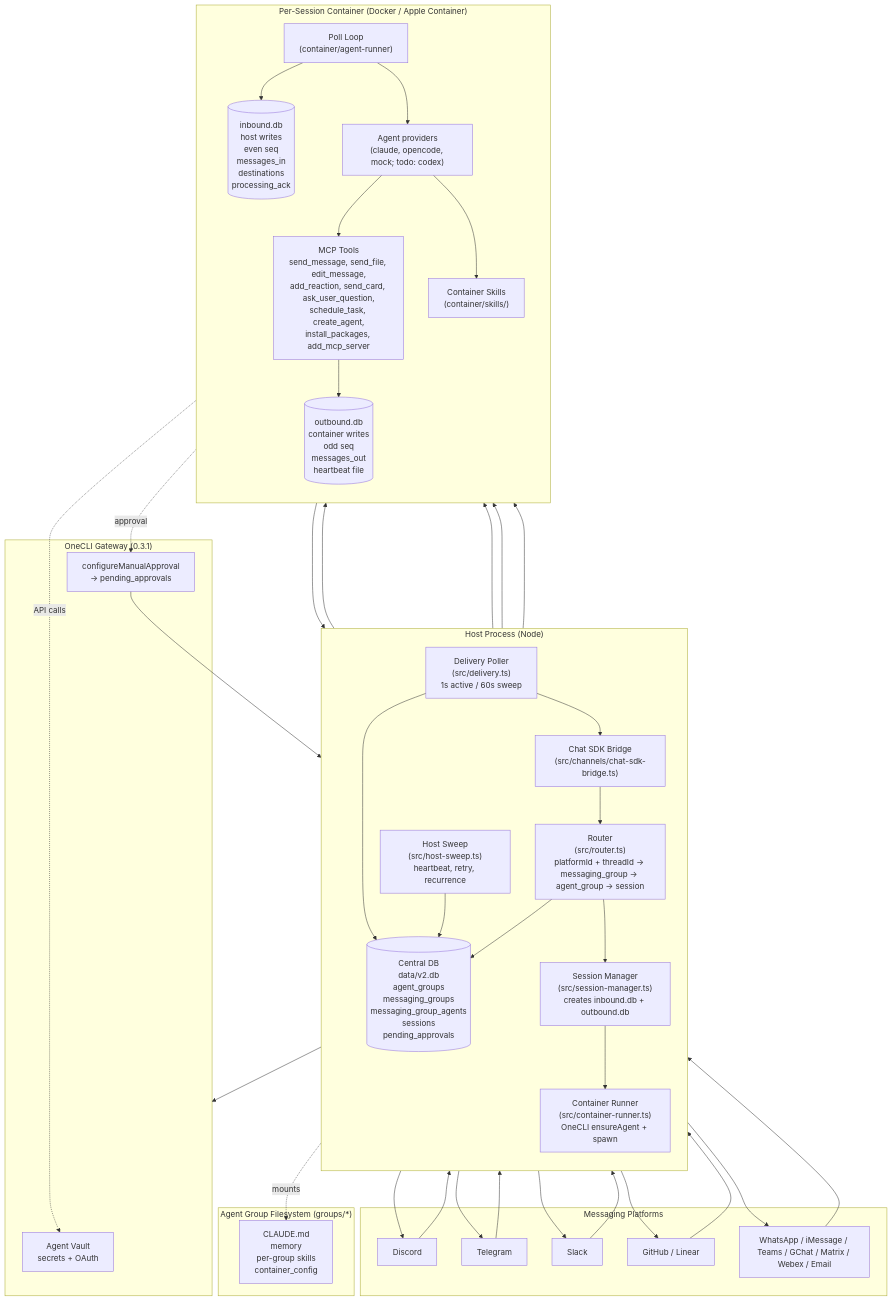
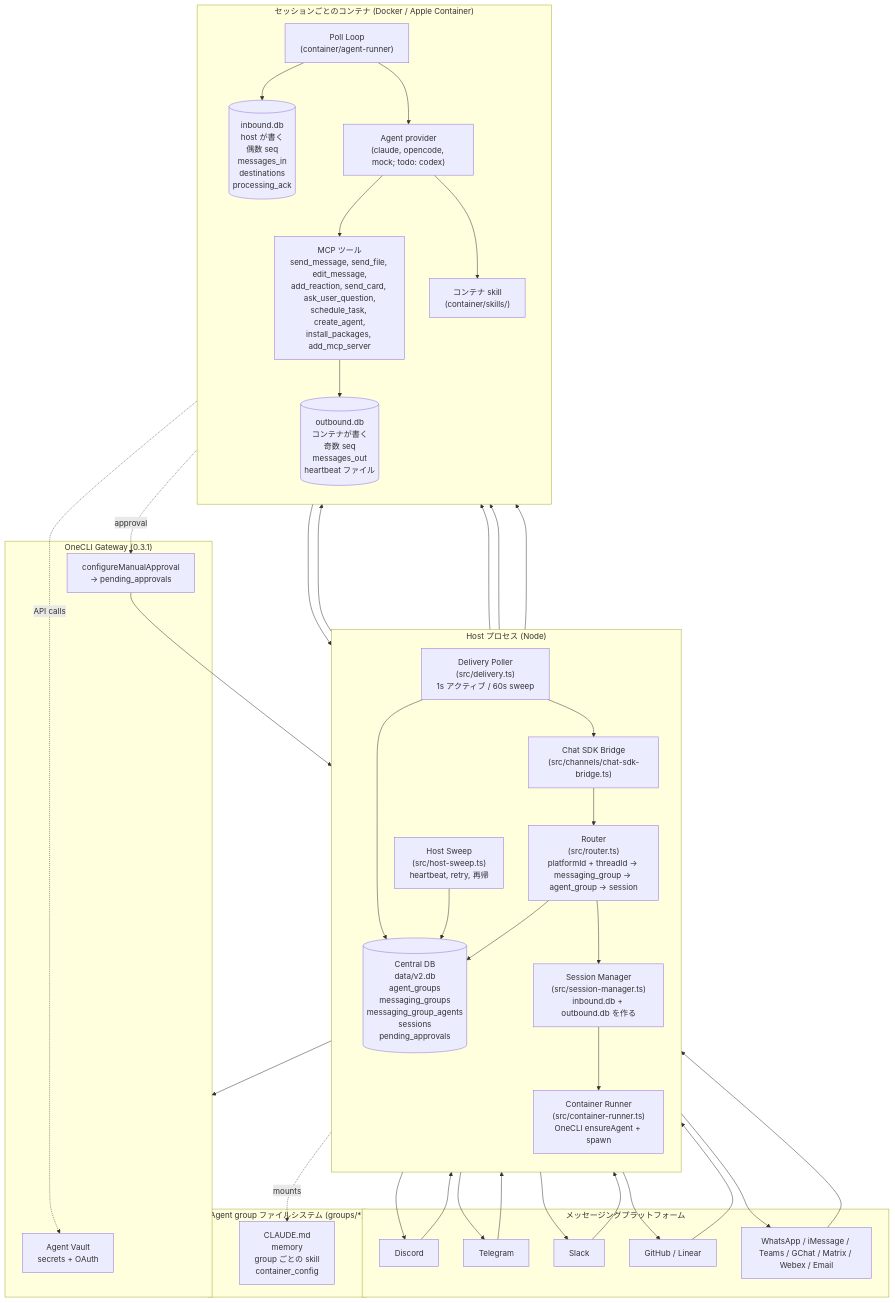
Before and after one commit to HajimariInc/biblio-claw: the first of 5 diagrams in docs/architecture-diagram.md, drawn with Mermaid. The commit also changed other lines of this file and 22 other files, not shown here.

````diff
--- a/docs/architecture-diagram.md
+++ b/docs/architecture-diagram.md
@@ -5,65 +5,65 @@
 ```mermaid
 flowchart TB
-  subgraph Platforms["Messaging Platforms"]
+  subgraph Platforms["メッセージングプラットフォーム"]
     P1[Discord]
     P2[Telegram]
     P3[Slack]
     P4[GitHub / Linear]
     P5[WhatsApp / iMessage / Teams / GChat / Matrix / Webex / Email]
   end
 
-  subgraph Host["Host Process (Node)"]
+  subgraph Host["Host プロセス (Node)"]
     direction TB
     Bridge["Chat SDK Bridge<br/>(src/channels/chat-sdk-bridge.ts)"]
     Router["Router<br/>(src/router.ts)<br/>platformId + threadId -> messaging_group -> agent_group -> session"]
-    SessMgr["Session Manager<br/>(src/session-manager.ts)<br/>creates inbound.db + outbound.db"]
+    SessMgr["Session Manager<br/>(src/session-manager.ts)<br/>inbound.db + outbound.db を作る"]
     Runner["Container Runner<br/>(src/container-runner.ts)<br/>OneCLI ensureAgent + spawn"]
-    Delivery["Delivery Poller<br/>(src/delivery.ts)<br/>1s active / 60s sweep"]
-    Sweep["Host Sweep<br/>(src/host-sweep.ts)<br/>heartbeat, retry, recurrence"]
+    Delivery["Delivery Poller<br/>(src/delivery.ts)<br/>1s アクティブ / 60s sweep"]
+    Sweep["Host Sweep<br/>(src/host-sweep.ts)<br/>heartbeat, retry, 再帰"]
     Central[("Central DB<br/>data/v2.db<br/>agent_groups<br/>messaging_groups<br/>messaging_group_agents<br/>sessions<br/>pending_approvals")]
   end
 
   subgraph OneCLI["OneCLI Gateway (0.3.1)"]
     Vault["Agent Vault<br/>secrets + OAuth"]
     Approvals["configureManualApproval<br/>-> pending_approvals"]
   end
 
-  subgraph Session["Per-Session Container (Docker / Apple Container)"]
+  subgraph Session["セッションごとのコンテナ (Docker / Apple Container)"]
     direction TB
     PollLoop["Poll Loop<br/>(container/agent-runner)"]
-    Provider["Agent providers<br/>(claude, opencode, mock; todo: codex)"]
-    MCP["MCP Tools<br/>send_message, send_file, edit_message,<br/>add_reaction, send_card, ask_user_question,<br/>schedule_task, create_agent,<br/>install_packages, add_mcp_server"]
-    Skills["Container Skills<br/>(container/skills/)"]
-    InDB[("inbound.db<br/>host writes<br/>even seq<br/>messages_in<br/>destinations<br/>processing_ack")]
-    OutDB[("outbound.db<br/>container writes<br/>odd seq<br/>messages_out<br/>heartbeat file")]
+    Provider["Agent provider<br/>(claude, opencode, mock; todo: codex)"]
+    MCP["MCP ツール<br/>send_message, send_file, edit_message,<br/>add_reaction, send_card, ask_user_question,<br/>schedule_task, create_agent,<br/>install_packages, add_mcp_server"]
+    Skills["コンテナ skill<br/>(container/skills/)"]
+    InDB[("inbound.db<br/>host が書く<br/>偶数 seq<br/>messages_in<br/>destinations<br/>processing_ack")]
+    OutDB[("outbound.db<br/>コンテナが書く<br/>奇数 seq<br/>messages_out<br/>heartbeat ファイル")]
   end
 
-  subgraph Groups["Agent Group Filesystem (groups/*)"]
-    Folder["CLAUDE.md<br/>memory<br/>per-group skills<br/>container_config"]
+  subgraph Groups["Agent group ファイルシステム (groups/*)"]
+    Folder["CLAUDE.md<br/>memory<br/>group ごとの skill<br/>container_config"]
   end
 
   P1 & P2 & P3 & P4 & P5 --> Bridge
   Bridge --> Router
   Router --> Central
   Router --> SessMgr
   SessMgr --> InDB
   SessMgr --> Runner
   Runner --> OneCLI
   Runner --> PollLoop
   PollLoop --> InDB
   PollLoop --> Provider
   Provider --> MCP
   Provider --> Skills
   MCP --> OutDB
   OutDB --> Delivery
   Delivery --> Central
   Delivery --> Bridge
   Bridge --> P1 & P2 & P3 & P4 & P5
   Sweep --> InDB
   Sweep --> OutDB
   Sweep --> Central
   Runner -.mounts.-> Folder
   MCP -.approval.-> Approvals
   Approvals --> Central
   Provider -.API calls.-> Vault
 ```
````
